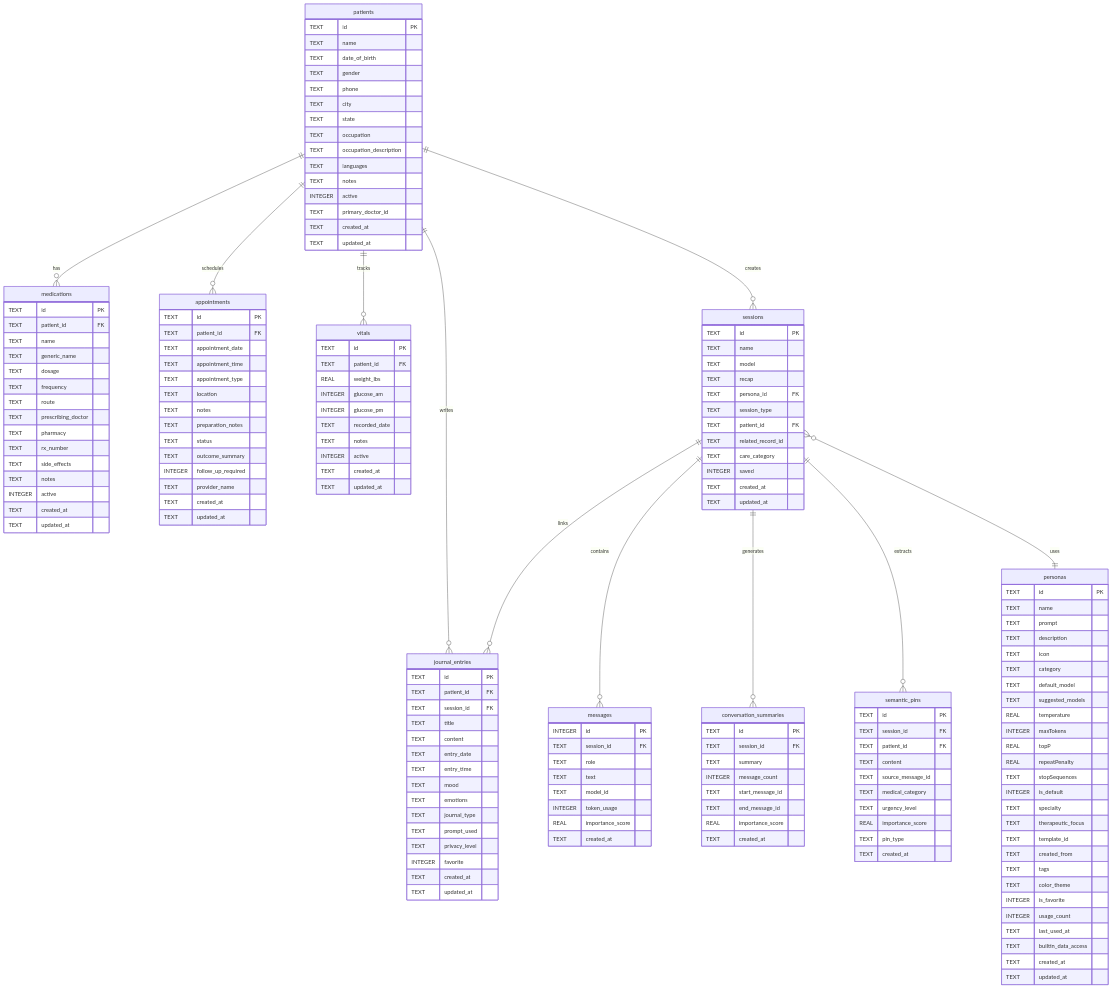
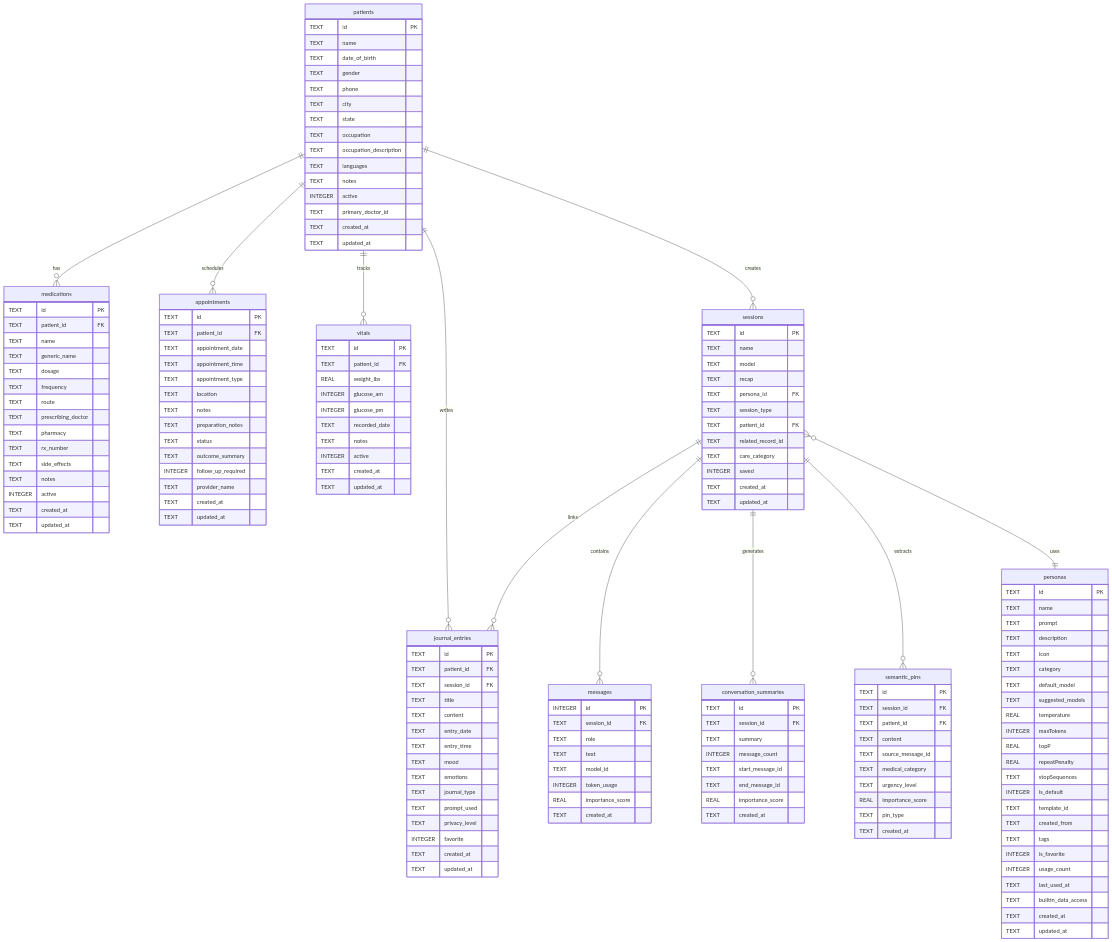
One commit to Kalito-Labs/Luna changed the diagram in docs/db/01-DATABASE-SCHEMA.md. Above: the diagram before and after it, drawn with Mermaid. The commit also changed other lines of this file and 38 other files, not shown here.

```diff
--- a/docs/db/01-DATABASE-SCHEMA.md
+++ b/docs/db/01-DATABASE-SCHEMA.md
@@ -164,12 +164,9 @@
         REAL repeatPenalty
         TEXT stopSequences
         INTEGER is_default
-        TEXT specialty
-        TEXT therapeutic_focus
         TEXT template_id
         TEXT created_from
         TEXT tags
-        TEXT color_theme
         INTEGER is_favorite
         INTEGER usage_count
         TEXT last_used_at
```
